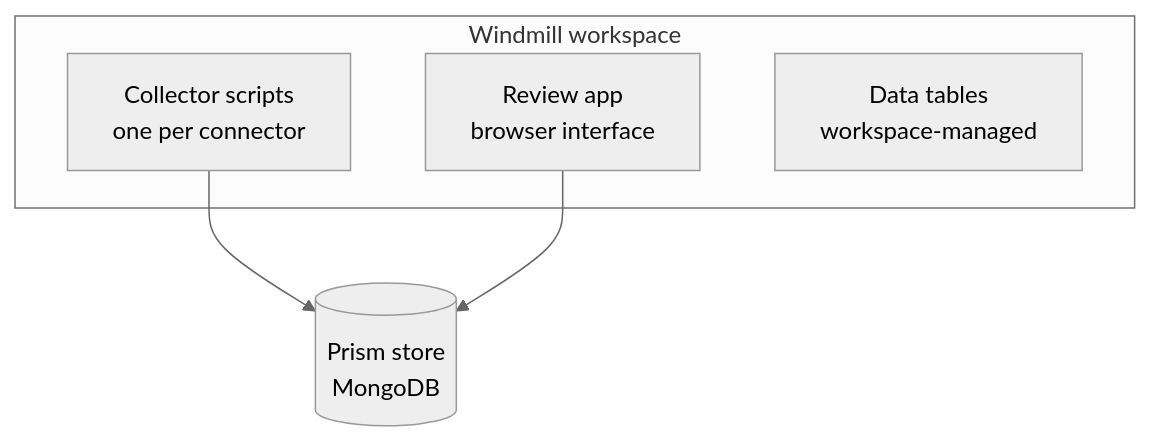
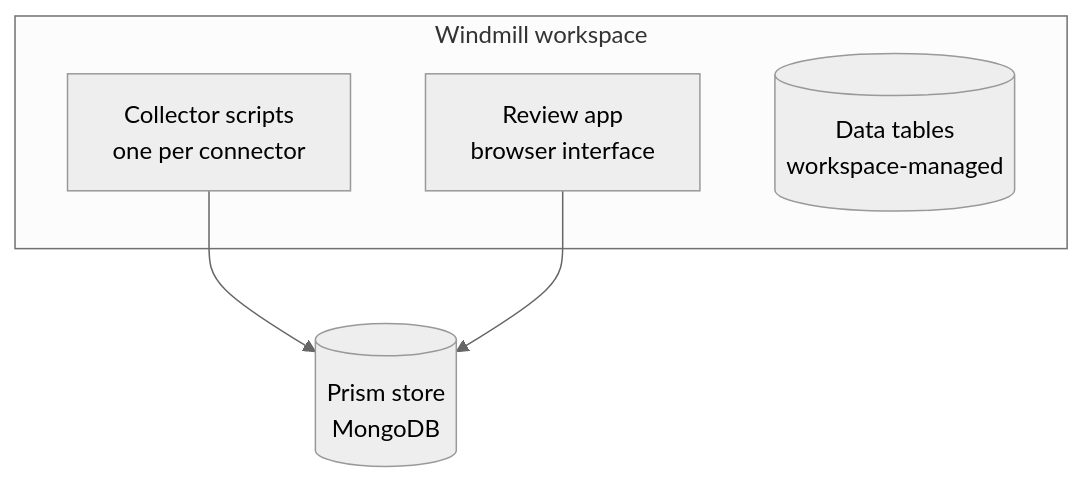
The diagram in docs/prism/architecture/_windmill.md (corvisau/corvis-sightline-whitepapers), drawn with Mermaid (neutral theme) before and after one commit. The commit also changed other lines of this file and 72 other files, not shown here.

First line of the commit message:
Restyle Prism diagrams, republish Prism and Sightline docs

````diff
--- a/docs/prism/architecture/_windmill.md
+++ b/docs/prism/architecture/_windmill.md
@@ -9,10 +9,12 @@
 ```mermaid
 flowchart TD
     subgraph ws["Windmill workspace"]
         T["Collector scripts<br/>one per connector"]
         A["Review app<br/>browser interface"]
-        D["Data tables<br/>workspace-managed"]
+        D[("Data tables<br/>workspace-managed")]
     end
     T --> M[("Prism store<br/>MongoDB")]
     A --> M
+    class T,A proc
+    class D,M store
 ```
````
